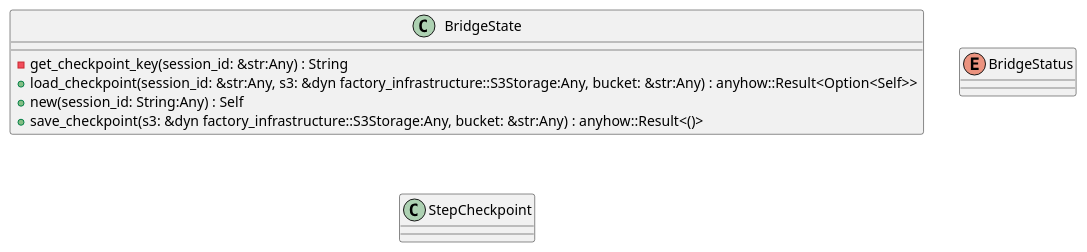
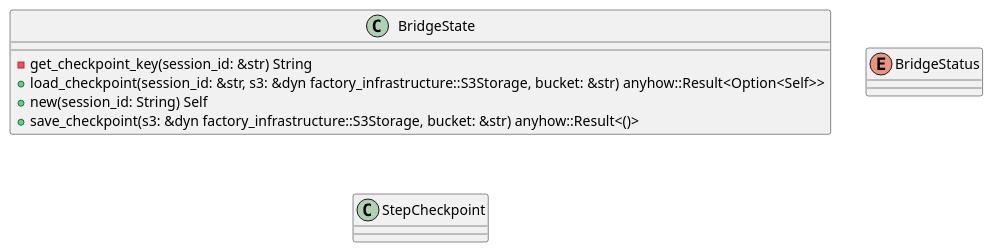
The first of 6 diagrams in openwiki/crates_factory_application_src_bridge_state.md (lgcorzo/rust_CACD_autonomous_factory), drawn with PlantUML before and after one commit. The commit also changed other lines of this file and 97 other files, not shown here.

First line of the commit message:
Fix Rust AST parsing for method and function parameters, and update OKF UML frontmatter

````diff
--- a/openwiki/crates_factory_application_src_bridge_state.md
+++ b/openwiki/crates_factory_application_src_bridge_state.md
@@ -182,15 +187,15 @@
 ```plantuml
 @startuml
 class BridgeState {
-    -get_checkpoint_key(session_id: &str:Any) : String
-    +load_checkpoint(session_id: &str:Any, s3: &dyn factory_infrastructure::S3Storage:Any, bucket: &str:Any) : anyhow::Result<Option<Self>>
-    +new(session_id: String:Any) : Self
-    +save_checkpoint(s3: &dyn factory_infrastructure::S3Storage:Any, bucket: &str:Any) : anyhow::Result<()>
+    -get_checkpoint_key(session_id: &str) String
+    +load_checkpoint(session_id: &str, s3: &dyn factory_infrastructure::S3Storage, bucket: &str) anyhow::Result<Option<Self>>
+    +new(session_id: String) Self
+    +save_checkpoint(s3: &dyn factory_infrastructure::S3Storage, bucket: &str) anyhow::Result<()>
 }
 enum BridgeStatus {
 }
 class StepCheckpoint {
 }
 @enduml
 
 ```
````
